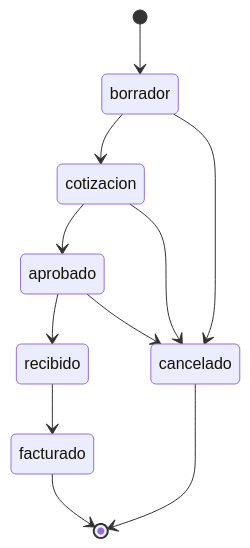
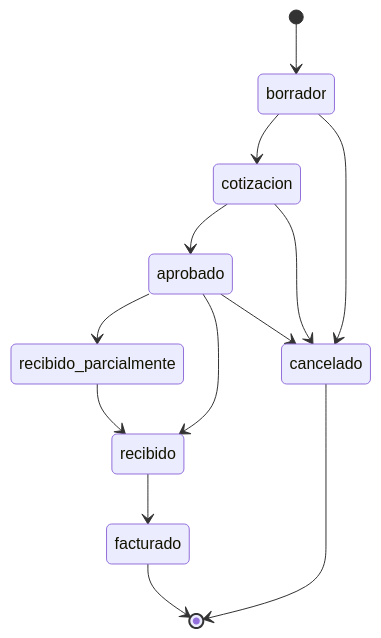
One commit to MDS-BI/Grupo-14 changed the second of 2 diagrams in specs/001-erp-base-module/data-model.md. Above: the diagram before and after it, drawn with Mermaid. The commit also changed other lines of this file and 14 other files, not shown here.

````diff
--- a/specs/001-erp-base-module/data-model.md
+++ b/specs/001-erp-base-module/data-model.md
@@ -199,13 +200,15 @@
 ```mermaid
 stateDiagram-v2
   [*] --> borrador
   borrador --> cotizacion
   borrador --> cancelado
   cotizacion --> aprobado
   cotizacion --> cancelado
+  aprobado --> recibido_parcialmente
   aprobado --> recibido
   aprobado --> cancelado
+  recibido_parcialmente --> recibido
   recibido --> facturado
   facturado --> [*]
   cancelado --> [*]
 ```
````
